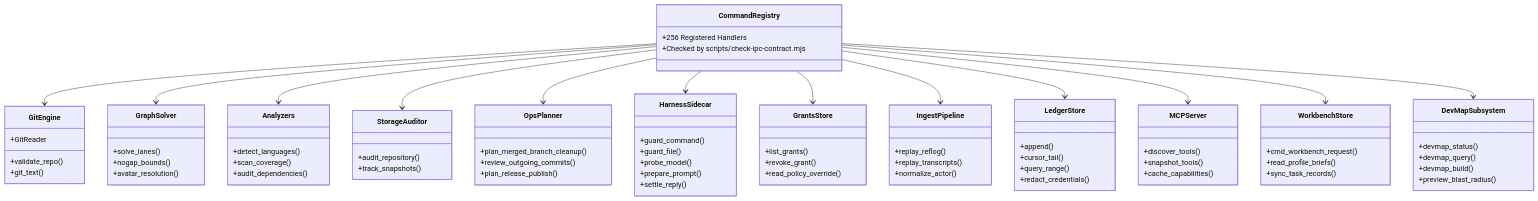
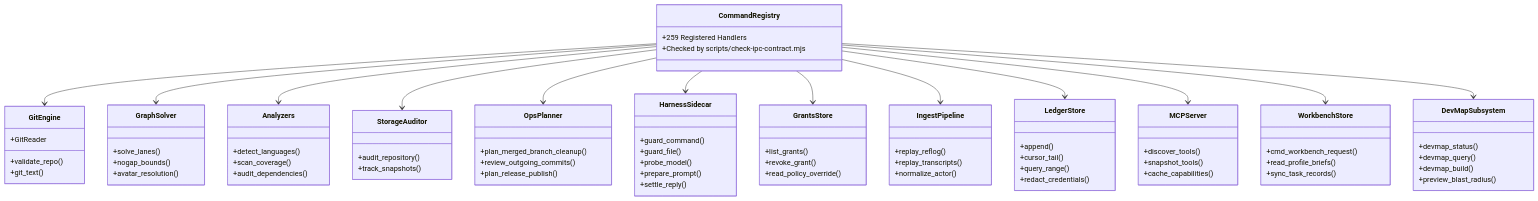
One commit to bharathvbcr/GitPulse changed the third of 5 diagrams in docs/ARCHITECTURE.md. Above: the diagram before and after it, drawn with Mermaid. The commit also changed other lines of this file and 22 other files, not shown here.

````diff
--- a/docs/ARCHITECTURE.md
+++ b/docs/ARCHITECTURE.md
@@ -199,7 +199,7 @@
 ```mermaid
 classDiagram
     class CommandRegistry {
-        +256 Registered Handlers
+        +259 Registered Handlers
         +Checked by scripts/check-ipc-contract.mjs
     }
     class GitEngine {
````
